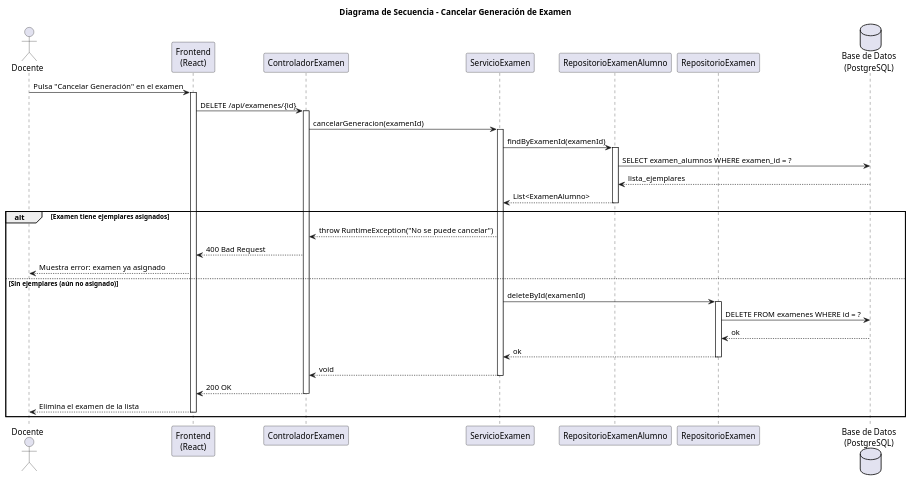
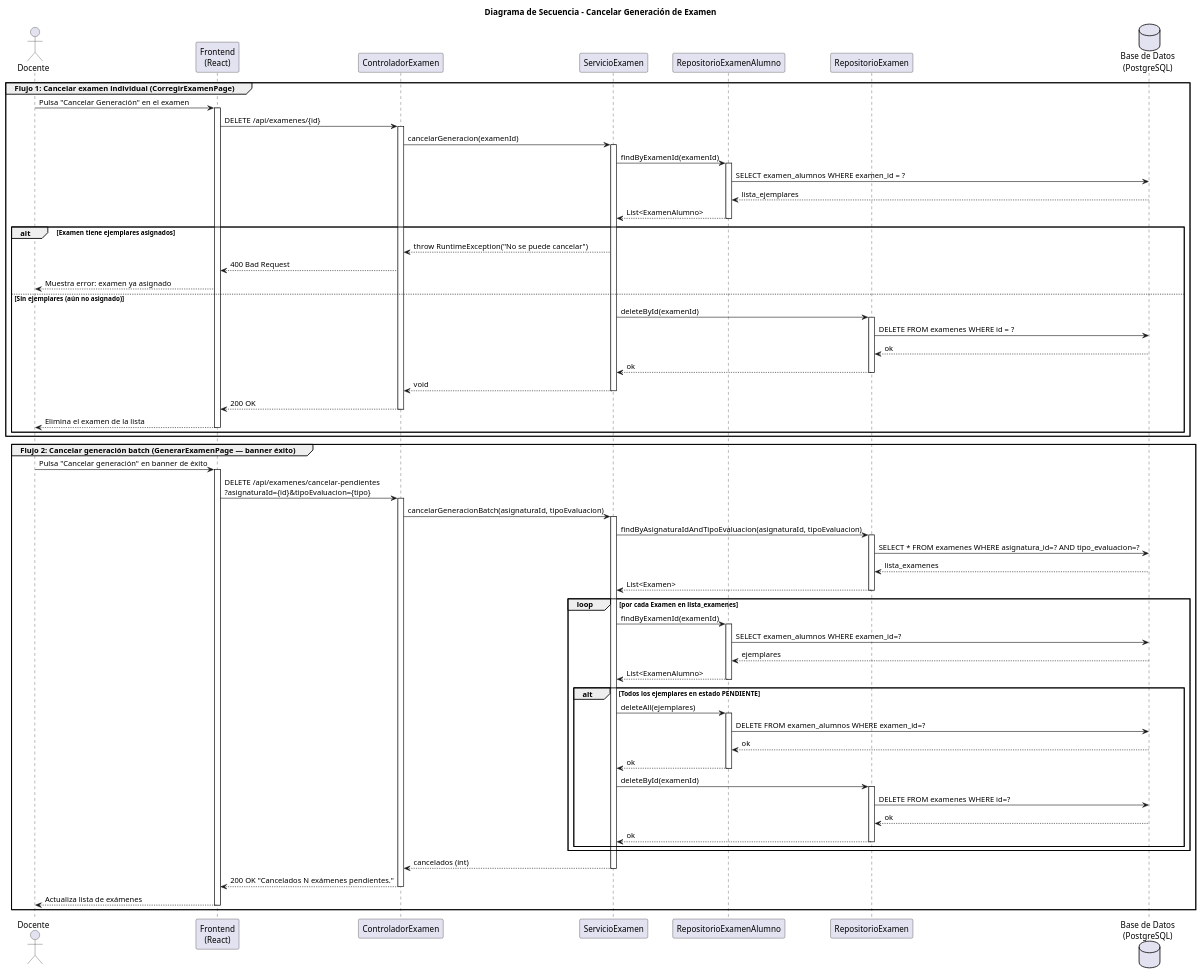
The diagram in RUP/02-diseño/casos-uso/CU-37-cancelarGeneracion/diseno-secuencia-CU-37-cancelarGeneracion.puml (liamanderson873/25-26-idsw2-sdVC), drawn with PlantUML before and after one commit. The commit also changed 12 other files, not shown here.

First line of the commit message:
docs(RUP): actualizar diagramas de análisis y diseño con páginas de detalle, batch cancel y revisión en pestaña propia

```diff
--- a/RUP/02-diseño/casos-uso/CU-37-cancelarGeneracion/diseno-secuencia-CU-37-cancelarGeneracion.puml
+++ b/RUP/02-diseño/casos-uso/CU-37-cancelarGeneracion/diseno-secuencia-CU-37-cancelarGeneracion.puml
@@ -1,50 +1,104 @@
 @startuml secuencia-cu37-cancelar-generacion
 title Diagrama de Secuencia - Cancelar Generación de Examen
 
 actor "Docente" as Actor
 participant "Frontend\n(React)" as FE
 participant "ControladorExamen" as Controller
 participant "ServicioExamen" as Service
 participant "RepositorioExamenAlumno" as RepoExAl
 participant "RepositorioExamen" as RepoExamen
 database "Base de Datos\n(PostgreSQL)" as DB
 
-Actor -> FE : Pulsa "Cancelar Generación" en el examen
-activate FE
+group Flujo 1: Cancelar examen individual (CorregirExamenPage)
+    Actor -> FE : Pulsa "Cancelar Generación" en el examen
+    activate FE
 
-FE -> Controller : DELETE /api/examenes/{id}
-activate Controller
+    FE -> Controller : DELETE /api/examenes/{id}
+    activate Controller
 
-Controller -> Service : cancelarGeneracion(examenId)
-activate Service
+    Controller -> Service : cancelarGeneracion(examenId)
+    activate Service
 
-Service -> RepoExAl : findByExamenId(examenId)
-activate RepoExAl
-RepoExAl -> DB : SELECT examen_alumnos WHERE examen_id = ?
-DB --> RepoExAl : lista_ejemplares
-RepoExAl --> Service : List<ExamenAlumno>
-deactivate RepoExAl
+    Service -> RepoExAl : findByExamenId(examenId)
+    activate RepoExAl
+    RepoExAl -> DB : SELECT examen_alumnos WHERE examen_id = ?
+    DB --> RepoExAl : lista_ejemplares
+    RepoExAl --> Service : List<ExamenAlumno>
+    deactivate RepoExAl
 
-alt Examen tiene ejemplares asignados
-    Service --> Controller : throw RuntimeException("No se puede cancelar")
-    Controller --> FE : 400 Bad Request
-    FE --> Actor : Muestra error: examen ya asignado
-else Sin ejemplares (aún no asignado)
-    Service -> RepoExamen : deleteById(examenId)
+    alt Examen tiene ejemplares asignados
+        Service --> Controller : throw RuntimeException("No se puede cancelar")
+        Controller --> FE : 400 Bad Request
+        FE --> Actor : Muestra error: examen ya asignado
+    else Sin ejemplares (aún no asignado)
+        Service -> RepoExamen : deleteById(examenId)
+        activate RepoExamen
+        RepoExamen -> DB : DELETE FROM examenes WHERE id = ?
+        DB --> RepoExamen : ok
+        RepoExamen --> Service : ok
+        deactivate RepoExamen
+
+        Service --> Controller : void
+        deactivate Service
+
+        Controller --> FE : 200 OK
+        deactivate Controller
+
+        FE --> Actor : Elimina el examen de la lista
+        deactivate FE
+    end
+end
+
+group Flujo 2: Cancelar generación batch (GenerarExamenPage — banner éxito)
+    Actor -> FE : Pulsa "Cancelar generación" en banner de éxito
+    activate FE
+
+    FE -> Controller : DELETE /api/examenes/cancelar-pendientes\n?asignaturaId={id}&tipoEvaluacion={tipo}
+    activate Controller
+
+    Controller -> Service : cancelarGeneracionBatch(asignaturaId, tipoEvaluacion)
+    activate Service
+
+    Service -> RepoExamen : findByAsignaturaIdAndTipoEvaluacion(asignaturaId, tipoEvaluacion)
     activate RepoExamen
-    RepoExamen -> DB : DELETE FROM examenes WHERE id = ?
-    DB --> RepoExamen : ok
-    RepoExamen --> Service : ok
+    RepoExamen -> DB : SELECT * FROM examenes WHERE asignatura_id=? AND tipo_evaluacion=?
+    DB --> RepoExamen : lista_examenes
+    RepoExamen --> Service : List<Examen>
     deactivate RepoExamen
 
-    Service --> Controller : void
+    loop por cada Examen en lista_examenes
+        Service -> RepoExAl : findByExamenId(examenId)
+        activate RepoExAl
+        RepoExAl -> DB : SELECT examen_alumnos WHERE examen_id=?
+        DB --> RepoExAl : ejemplares
+        RepoExAl --> Service : List<ExamenAlumno>
+        deactivate RepoExAl
+
+        alt Todos los ejemplares en estado PENDIENTE
+            Service -> RepoExAl : deleteAll(ejemplares)
+            activate RepoExAl
+            RepoExAl -> DB : DELETE FROM examen_alumnos WHERE examen_id=?
+            DB --> RepoExAl : ok
+            RepoExAl --> Service : ok
+            deactivate RepoExAl
+
+            Service -> RepoExamen : deleteById(examenId)
+            activate RepoExamen
+            RepoExamen -> DB : DELETE FROM examenes WHERE id=?
+            DB --> RepoExamen : ok
+            RepoExamen --> Service : ok
+            deactivate RepoExamen
+        end
+    end
+
+    Service --> Controller : cancelados (int)
     deactivate Service
 
-    Controller --> FE : 200 OK
+    Controller --> FE : 200 OK "Cancelados N exámenes pendientes."
     deactivate Controller
 
-    FE --> Actor : Elimina el examen de la lista
+    FE --> Actor : Actualiza lista de exámenes
     deactivate FE
 end
 
 @enduml
```
